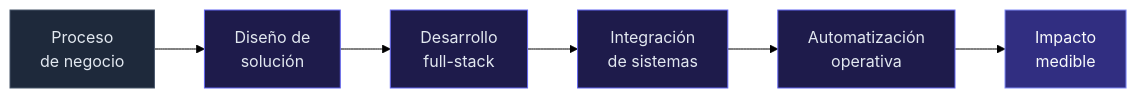
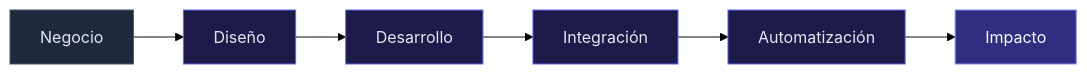
One commit to esquivelfacundo/esquivelfacundo changed the diagram in README.md. Above: the diagram before and after it, drawn with Mermaid (forest theme). The commit also changed other lines of this file, not shown here.

````diff
--- a/README.md
+++ b/README.md
@@ -150,15 +216,15 @@
 ```mermaid
 flowchart LR
-    A["Proceso<br/>de negocio"] --> B["Diseño de<br/>solución"]
-    B --> C["Desarrollo<br/>full-stack"]
-    C --> D["Integración<br/>de sistemas"]
-    D --> E["Automatización<br/>operativa"]
-    E --> F["Impacto<br/>medible"]
+    A[Negocio] --> B[Diseño]
+    B --> C[Desarrollo]
+    C --> D[Integración]
+    D --> E[Automatización]
+    E --> F[Impacto]
 
     style A fill:#1e293b,stroke:#475569,color:#e2e8f0
     style B fill:#1e1b4b,stroke:#6366f1,color:#e2e8f0
     style C fill:#1e1b4b,stroke:#6366f1,color:#e2e8f0
     style D fill:#1e1b4b,stroke:#6366f1,color:#e2e8f0
     style E fill:#1e1b4b,stroke:#6366f1,color:#e2e8f0
     style F fill:#312e81,stroke:#818cf8,color:#f8fafc
 ```
````
